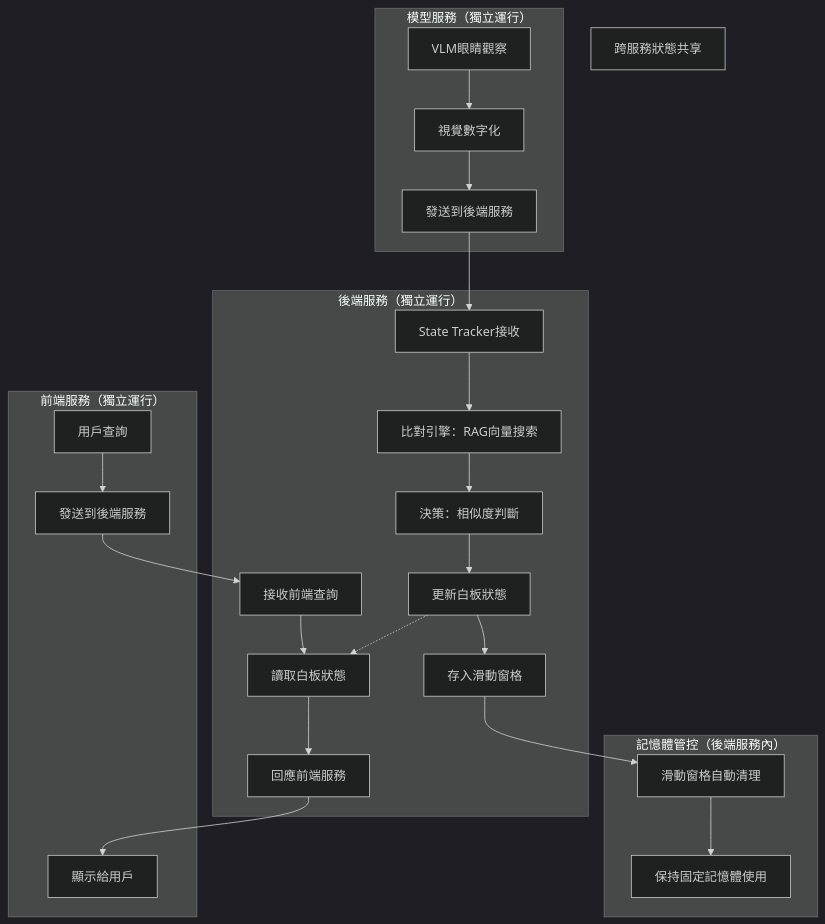
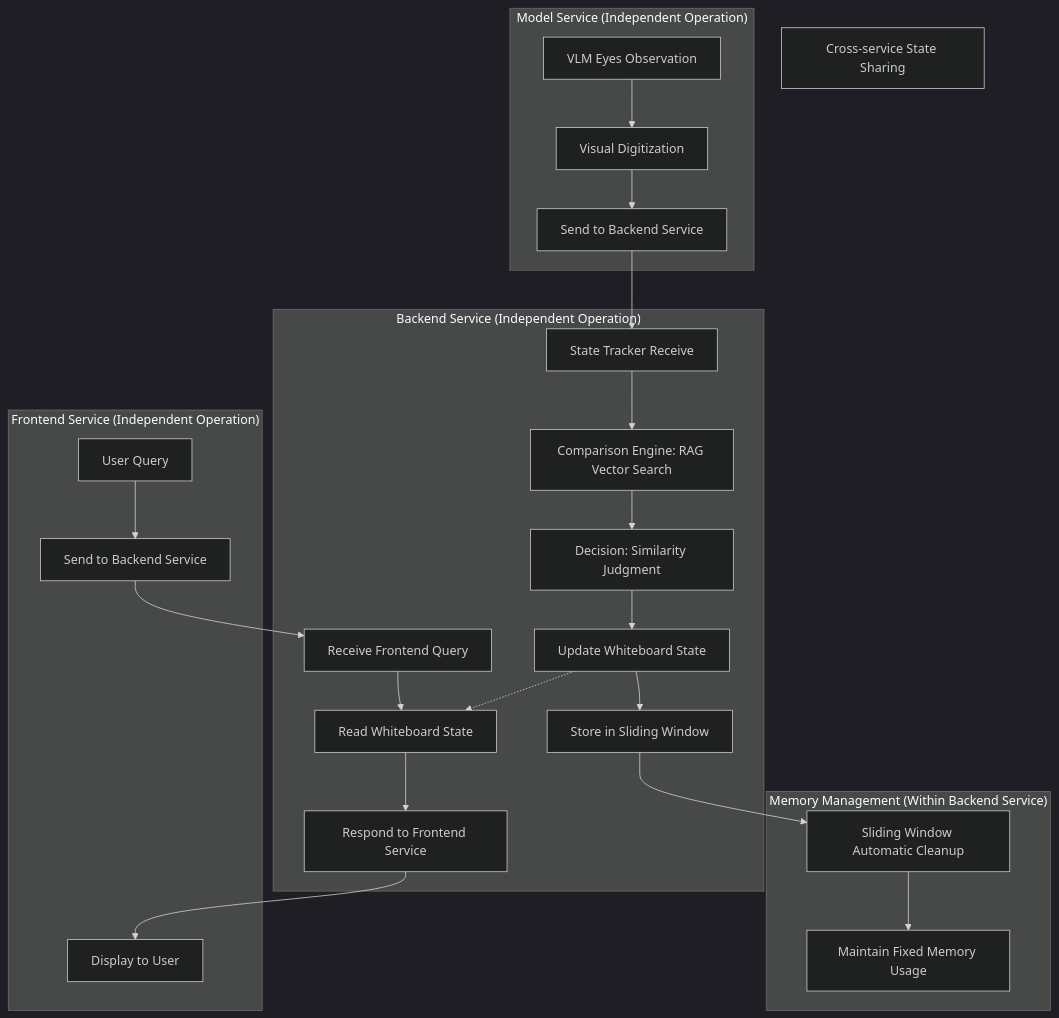
The fifth of 5 diagrams in .kiro/specs/memory-system/design.md (yitzuliu/DissertationDemo), drawn with Mermaid (dark theme) before and after one commit. The commit also changed other lines of this file and 5 other files, not shown here.

````diff
--- a/.kiro/specs/memory-system/design.md
+++ b/.kiro/specs/memory-system/design.md
@@ -398,32 +398,32 @@
 ```mermaid
 graph TB
-    subgraph "模型服務（獨立運行）"
-        A[VLM眼睛觀察] --> B[視覺數字化]
-        B --> C[發送到後端服務]
+    subgraph "Model Service (Independent Operation)"
+        A[VLM Eyes Observation] --> B[Visual Digitization]
+        B --> C[Send to Backend Service]
     end
     
-    subgraph "後端服務（獨立運行）"
-        C --> D[State Tracker接收]
-        D --> E[比對引擎：RAG向量搜索]
-        E --> F[決策：相似度判斷]
-        F --> G[更新白板狀態]
-        G --> H[存入滑動窗格]
+    subgraph "Backend Service (Independent Operation)"
+        C --> D[State Tracker Receive]
+        D --> E[Comparison Engine: RAG Vector Search]
+        E --> F[Decision: Similarity Judgment]
+        F --> G[Update Whiteboard State]
+        G --> H[Store in Sliding Window]
         
-        I[接收前端查詢] --> J[讀取白板狀態]
-        J --> K[回應前端服務]
+        I[Receive Frontend Query] --> J[Read Whiteboard State]
+        J --> K[Respond to Frontend Service]
     end
     
-    subgraph "前端服務（獨立運行）"
-        L[用戶查詢] --> M[發送到後端服務]
+    subgraph "Frontend Service (Independent Operation)"
+        L[User Query] --> M[Send to Backend Service]
         M --> I
-        K --> N[顯示給用戶]
+        K --> N[Display to User]
     end
     
-    subgraph "記憶體管控（後端服務內）"
-        H --> O[滑動窗格自動清理]
-        O --> P[保持固定記憶體使用]
+    subgraph "Memory Management (Within Backend Service)"
+        H --> O[Sliding Window Automatic Cleanup]
+        O --> P[Maintain Fixed Memory Usage]
     end
     
     G -.-> J
-    Note1[跨服務狀態共享]
+    Note1[Cross-service State Sharing]
 ```
````
